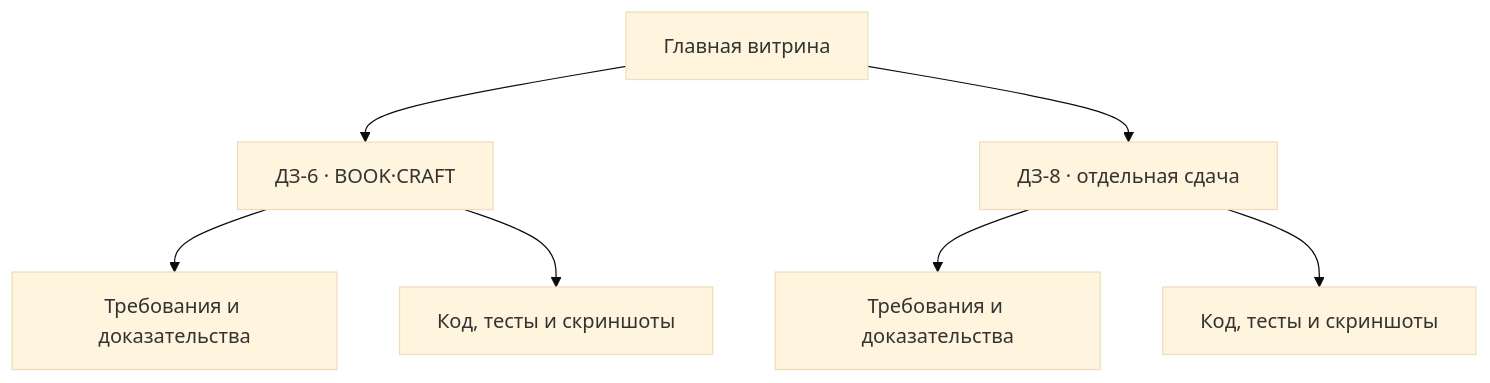
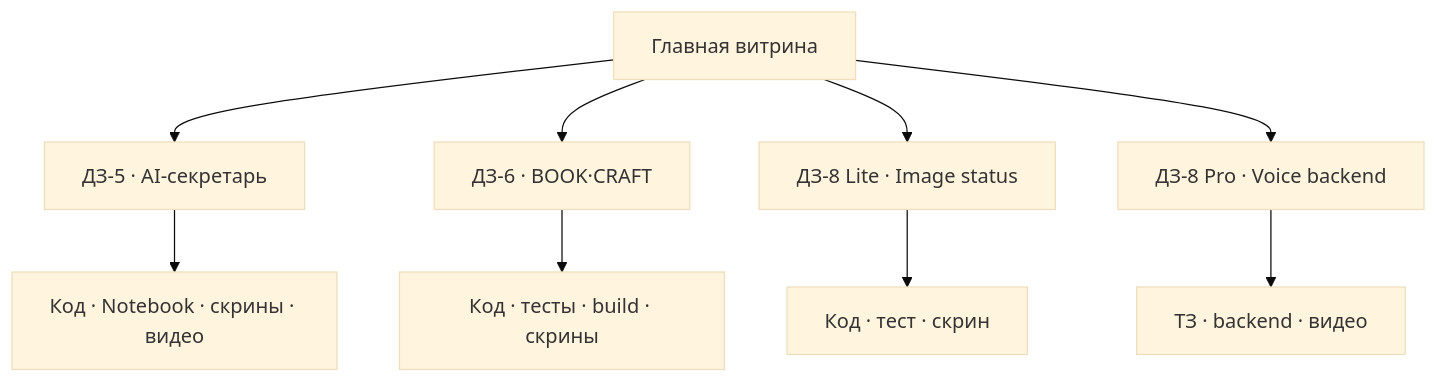
Before and after one commit to VictorKVS/Vibe-coding: the second of 2 diagrams in README.md, drawn with Mermaid (base theme). The commit also changed other lines of this file, not shown here.

````diff
--- a/README.md
+++ b/README.md
@@ -25,9 +69,11 @@
 ```mermaid
 flowchart TD
-    A["Главная витрина"] --> B["ДЗ-6 · BOOK·CRAFT"]
-    A --> C["ДЗ-8 · отдельная сдача"]
-    B --> D["Требования и доказательства"]
-    B --> E["Код, тесты и скриншоты"]
-    C --> F["Требования и доказательства"]
-    C --> G["Код, тесты и скриншоты"]
+    R["Главная витрина"] --> D5["ДЗ-5 · AI-секретарь"]
+    R --> D6["ДЗ-6 · BOOK·CRAFT"]
+    R --> D8L["ДЗ-8 Lite · Image status"]
+    R --> D8P["ДЗ-8 Pro · Voice backend"]
+    D5 --> E5["Код · Notebook · скрины · видео"]
+    D6 --> E6["Код · тесты · build · скрины"]
+    D8L --> E8L["Код · тест · скрин"]
+    D8P --> E8P["ТЗ · backend · видео"]
 ```
````
